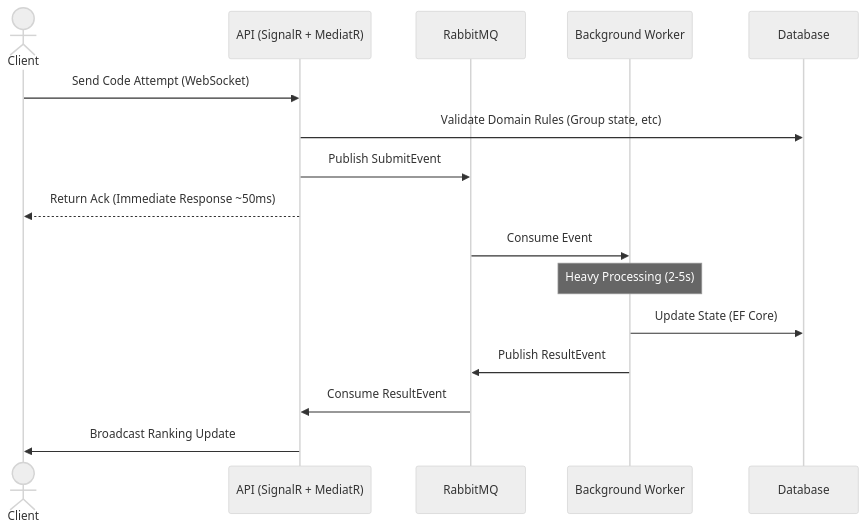
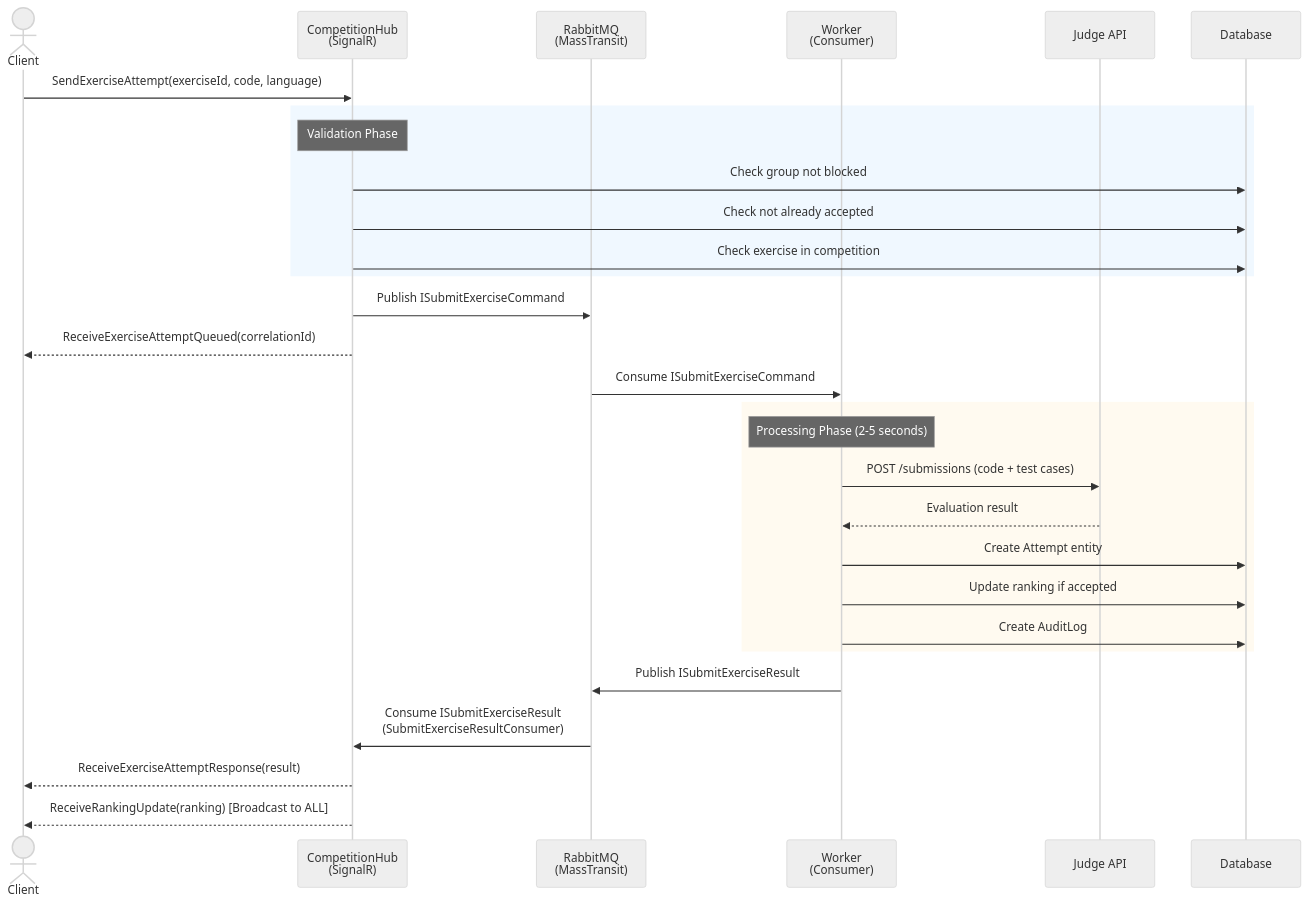
One commit to rafael135/FalconApiReborn changed the first of 2 diagrams in README.md. Above: the diagram before and after it, drawn with Mermaid (neutral theme). The commit also changed other lines of this file and 1 other file, not shown here.

````diff
--- a/README.md
+++ b/README.md
@@ -42,21 +190,38 @@
 ```mermaid
 sequenceDiagram
     actor Client
-    participant API as API (SignalR + MediatR)
-    participant RMQ as RabbitMQ
-    participant Worker as Background Worker
+    participant Hub as CompetitionHub<br/>(SignalR)
+    participant RMQ as RabbitMQ<br/>(MassTransit)
+    participant Worker as Worker<br/>(Consumer)
+    participant Judge as Judge API
     participant DB as Database
 
-    Client->>API: Send Code Attempt (WebSocket)
-    API->>DB: Validate Domain Rules (Group state, etc)
-    API->>RMQ: Publish SubmitEvent
-    API-->>Client: Return Ack (Immediate Response ~50ms)
+    Client->>Hub: SendExerciseAttempt(exerciseId, code, language)
     
-    RMQ->>Worker: Consume Event
-    Note over Worker: Heavy Processing (2-5s)
-    Worker->>DB: Update State (EF Core)
-    Worker->>RMQ: Publish ResultEvent
+    rect rgb(240, 248, 255)
+        Note over Hub: Validation Phase
+        Hub->>DB: Check group not blocked
+        Hub->>DB: Check not already accepted
+        Hub->>DB: Check exercise in competition
+    end
     
-    RMQ->>API: Consume ResultEvent
-    API->>Client: Broadcast Ranking Update
+    Hub->>RMQ: Publish ISubmitExerciseCommand
+    Hub-->>Client: ReceiveExerciseAttemptQueued(correlationId)
+    
+    RMQ->>Worker: Consume ISubmitExerciseCommand
+    
+    rect rgb(255, 250, 240)
+        Note over Worker: Processing Phase (2-5 seconds)
+        Worker->>Judge: POST /submissions (code + test cases)
+        Judge-->>Worker: Evaluation result
+        Worker->>DB: Create Attempt entity
+        Worker->>DB: Update ranking if accepted
+        Worker->>DB: Create AuditLog
+    end
+    
+    Worker->>RMQ: Publish ISubmitExerciseResult
+    RMQ->>Hub: Consume ISubmitExerciseResult<br/>(SubmitExerciseResultConsumer)
+    
+    Hub-->>Client: ReceiveExerciseAttemptResponse(result)
+    Hub-->>Client: ReceiveRankingUpdate(ranking) [Broadcast to ALL]
 ```
````
